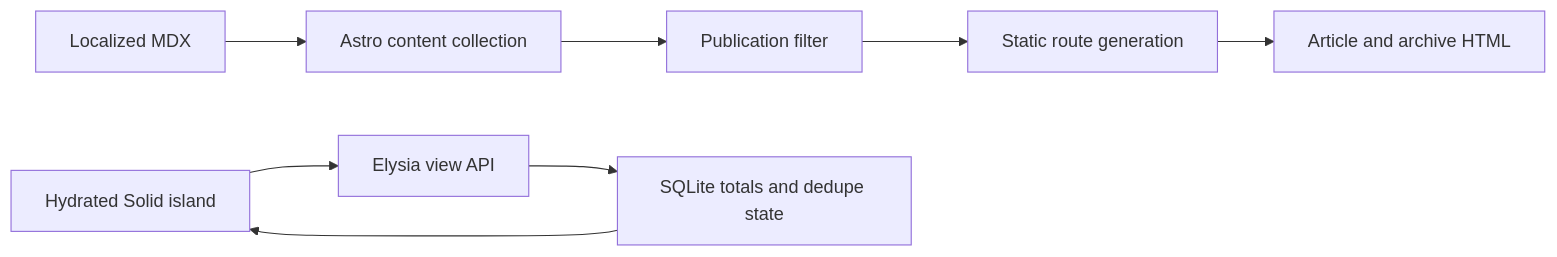
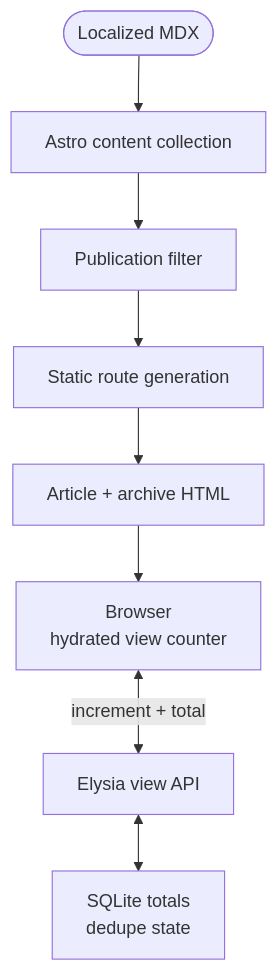
One commit to ErickCReis/ErickCReis changed the diagram in web/content/blog/the-blog-layer-static-pages-live-view-counts.mdx. Above: the diagram before and after it, drawn with Mermaid. The commit also changed 23 other files, not shown here.

Commit message:
Polish Mermaid diagrams across blog posts

````diff
--- a/web/content/blog/the-blog-layer-static-pages-live-view-counts.mdx
+++ b/web/content/blog/the-blog-layer-static-pages-live-view-counts.mdx
@@ -10,11 +10,10 @@
 ```mermaid center
-flowchart LR
-  MDX["Localized MDX"] --> Collection["Astro content collection"]
+flowchart TB
+  MDX(["Localized MDX"]) --> Collection["Astro content collection"]
   Collection --> Filter["Publication filter"]
   Filter --> Paths["Static route generation"]
-  Paths --> HTML["Article and archive HTML"]
-
-  Browser["Hydrated Solid island"] --> API["Elysia view API"]
-  API --> SQLite["SQLite totals and dedupe state"]
-  SQLite --> Browser
+  Paths --> HTML["Article + archive HTML"]
+  HTML --> Browser["Browser<br/>hydrated view counter"]
+  Browser <-->|"increment + total"| API["Elysia view API"]
+  API <--> SQLite["SQLite totals<br/>dedupe state"]
 ```
````
